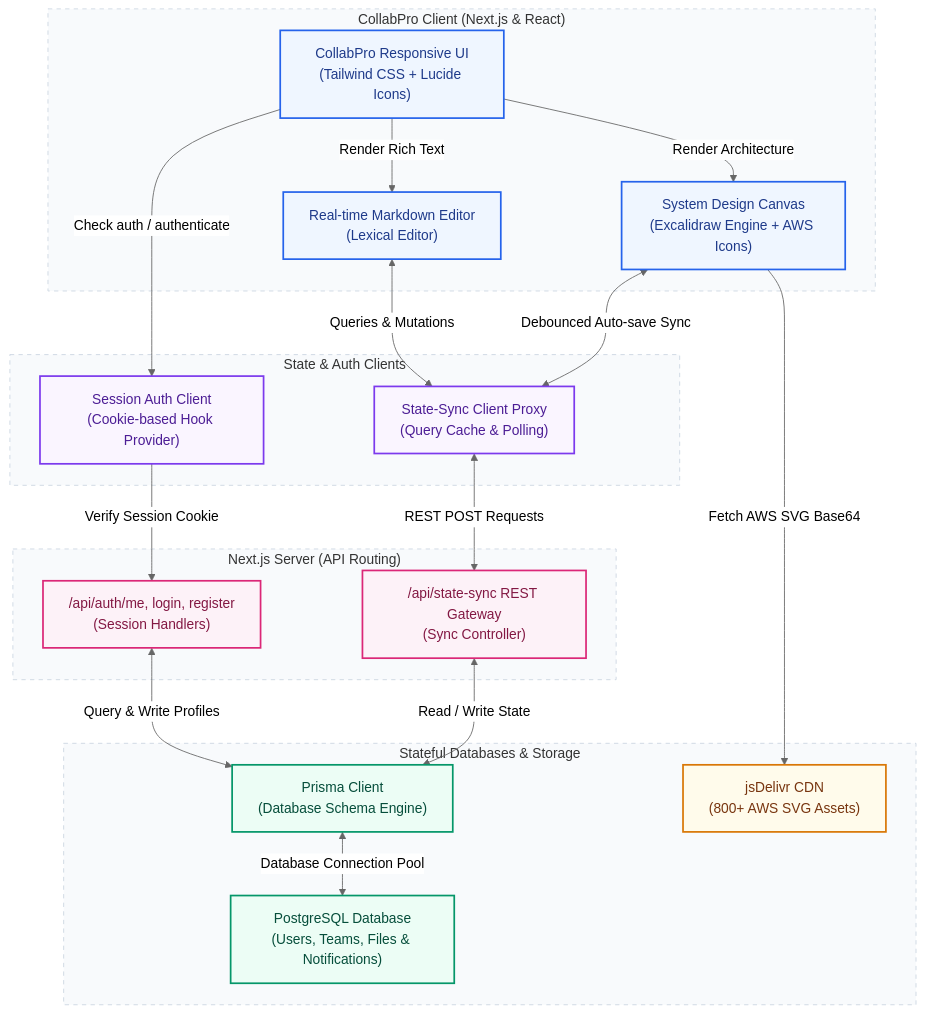
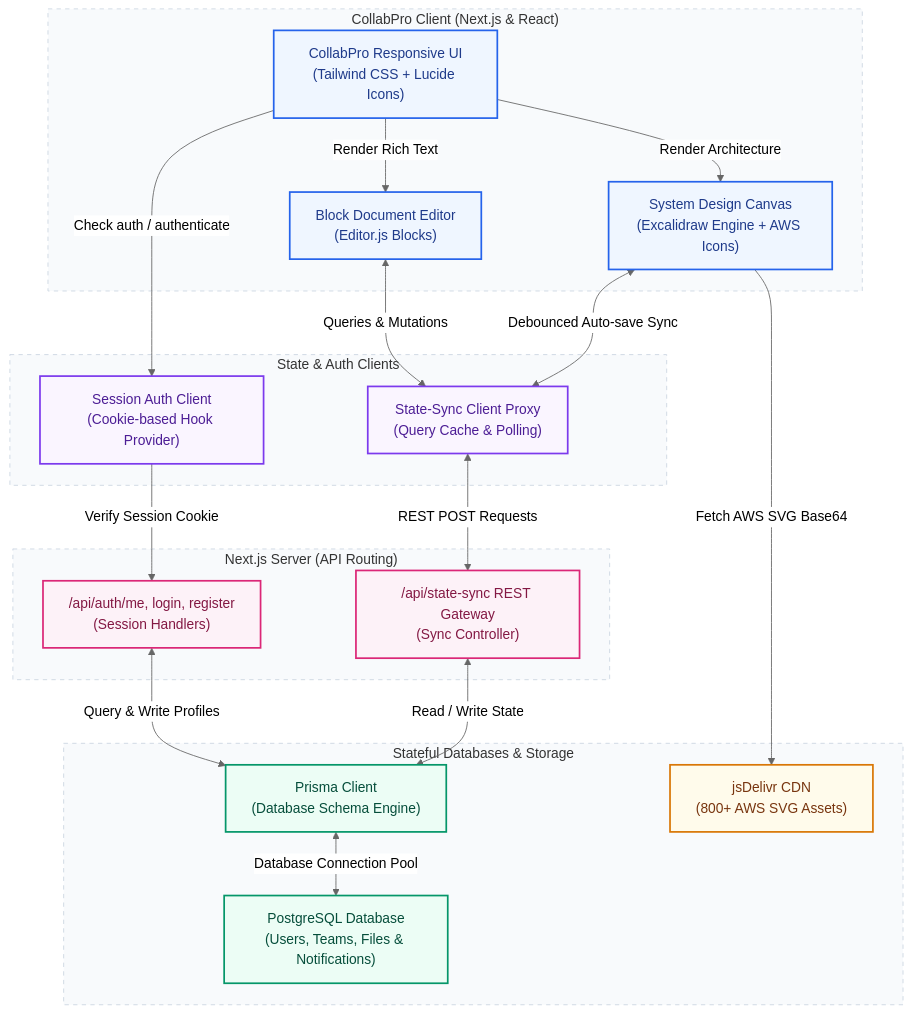
The diagram in README.md (manish-9245/collabpro), drawn with Mermaid (neutral theme) before and after one commit. The commit also changed other lines of this file, not shown here.

Commit message:
docs(readme): correct block editor framework and technology stack details

````diff
--- a/README.md
+++ b/README.md
@@ -45,53 +45,53 @@
 ```mermaid
 graph TD
     %% Define Styles & Classes
     classDef client fill:#eff6ff,stroke:#2563eb,stroke-width:2px,color:#1e3a8a;
     classDef engine fill:#faf5ff,stroke:#7c3aed,stroke-width:2px,color:#4c1d95;
     classDef server fill:#fdf2f8,stroke:#db2777,stroke-width:2px,color:#831843;
     classDef db fill:#ecfdf5,stroke:#059669,stroke-width:2px,color:#064e3b;
     classDef storage fill:#fffbeb,stroke:#d97706,stroke-width:2px,color:#78350f;
 
     subgraph ClientLayer ["CollabPro Client (Next.js & React)"]
         UI["CollabPro Responsive UI<br/>(Tailwind CSS + Lucide Icons)"]:::client
-        EditorComponent["Real-time Markdown Editor<br/>(Lexical Editor)"]:::client
+        EditorComponent["Block Document Editor<br/>(Editor.js Blocks)"]:::client
         CanvasComponent["System Design Canvas<br/>(Excalidraw Engine + AWS Icons)"]:::client
     end
 
     subgraph SyncLayer ["State & Auth Clients"]
         SessionAuthClient["Session Auth Client<br/>(Cookie-based Hook Provider)"]:::engine
         StateSyncClient["State-Sync Client Proxy<br/>(Query Cache & Polling)"]:::engine
     end
 
     subgraph ServerLayer ["Next.js Server (API Routing)"]
         AuthAPI["/api/auth/me, login, register<br/>(Session Handlers)"]:::server
         SyncAPI["/api/state-sync REST Gateway<br/>(Sync Controller)"]:::server
     end
 
     subgraph DataLayer ["Stateful Databases & Storage"]
         PrismaORM["Prisma Client<br/>(Database Schema Engine)"]:::db
         PostgresDB["PostgreSQL Database<br/>(Users, Teams, Files & Notifications)"]:::db
         AWS_Icons_List["jsDelivr CDN<br/>(800+ AWS SVG Assets)"]:::storage
     end
 
     %% Flow Connections
     UI -->|Check auth / authenticate| SessionAuthClient
     SessionAuthClient -->|Verify Session Cookie| AuthAPI
     
     UI -->|Render Rich Text| EditorComponent
     UI -->|Render Architecture| CanvasComponent
     
     EditorComponent <-->|Queries & Mutations| StateSyncClient
     CanvasComponent <-->|Debounced Auto-save Sync| StateSyncClient
     CanvasComponent -->|Fetch AWS SVG Base64| AWS_Icons_List
 
     StateSyncClient <-->|REST POST Requests| SyncAPI
     SyncAPI <-->|Read / Write State| PrismaORM
     AuthAPI <-->|Query & Write Profiles| PrismaORM
     PrismaORM <-->|Database Connection Pool| PostgresDB
 
     %% Layout Links
     style ClientLayer fill:#f8fafc,stroke:#cbd5e1,stroke-dasharray: 5 5;
     style SyncLayer fill:#f8fafc,stroke:#cbd5e1,stroke-dasharray: 5 5;
     style ServerLayer fill:#f8fafc,stroke:#cbd5e1,stroke-dasharray: 5 5;
     style DataLayer fill:#f8fafc,stroke:#cbd5e1,stroke-dasharray: 5 5;
 ```
````
